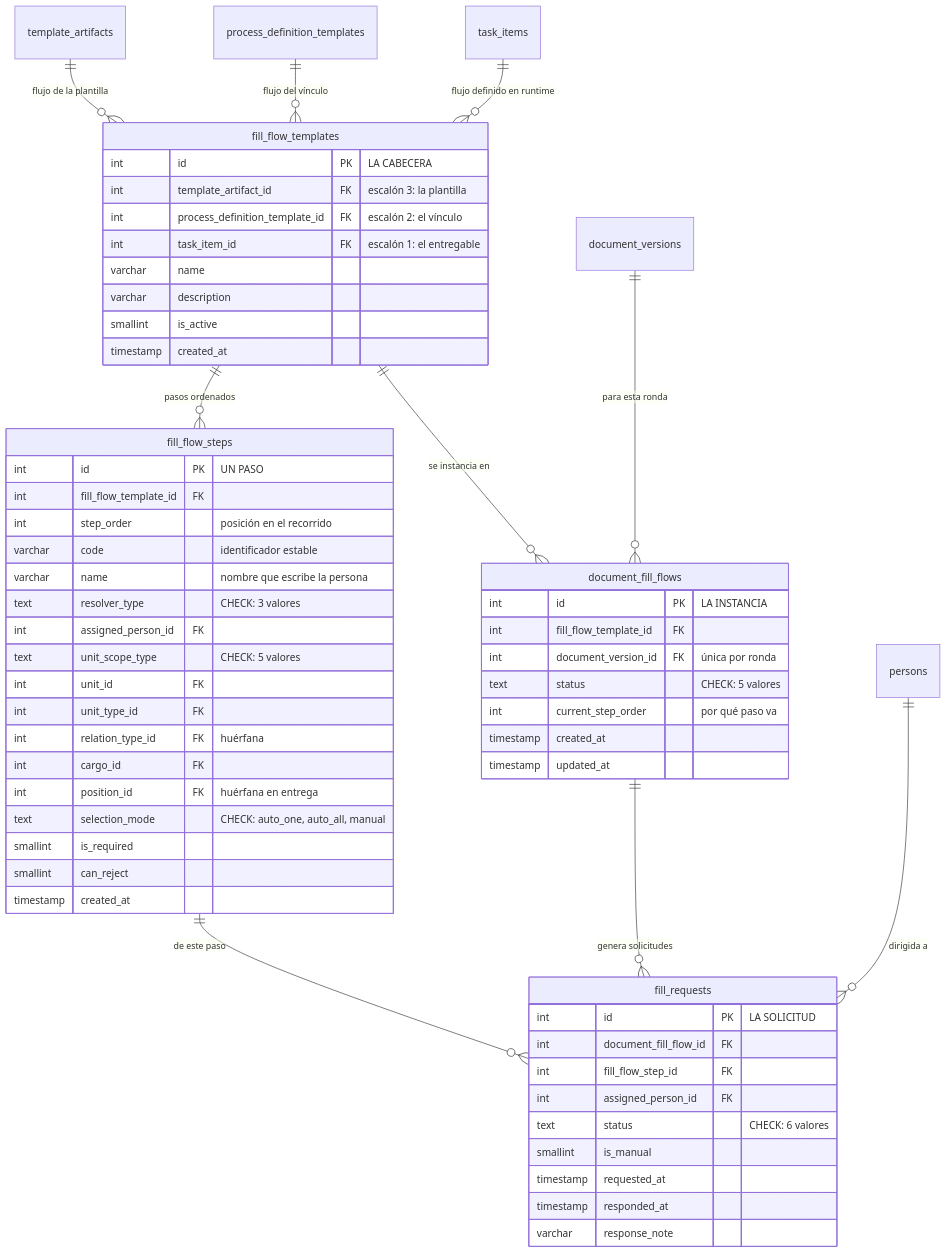
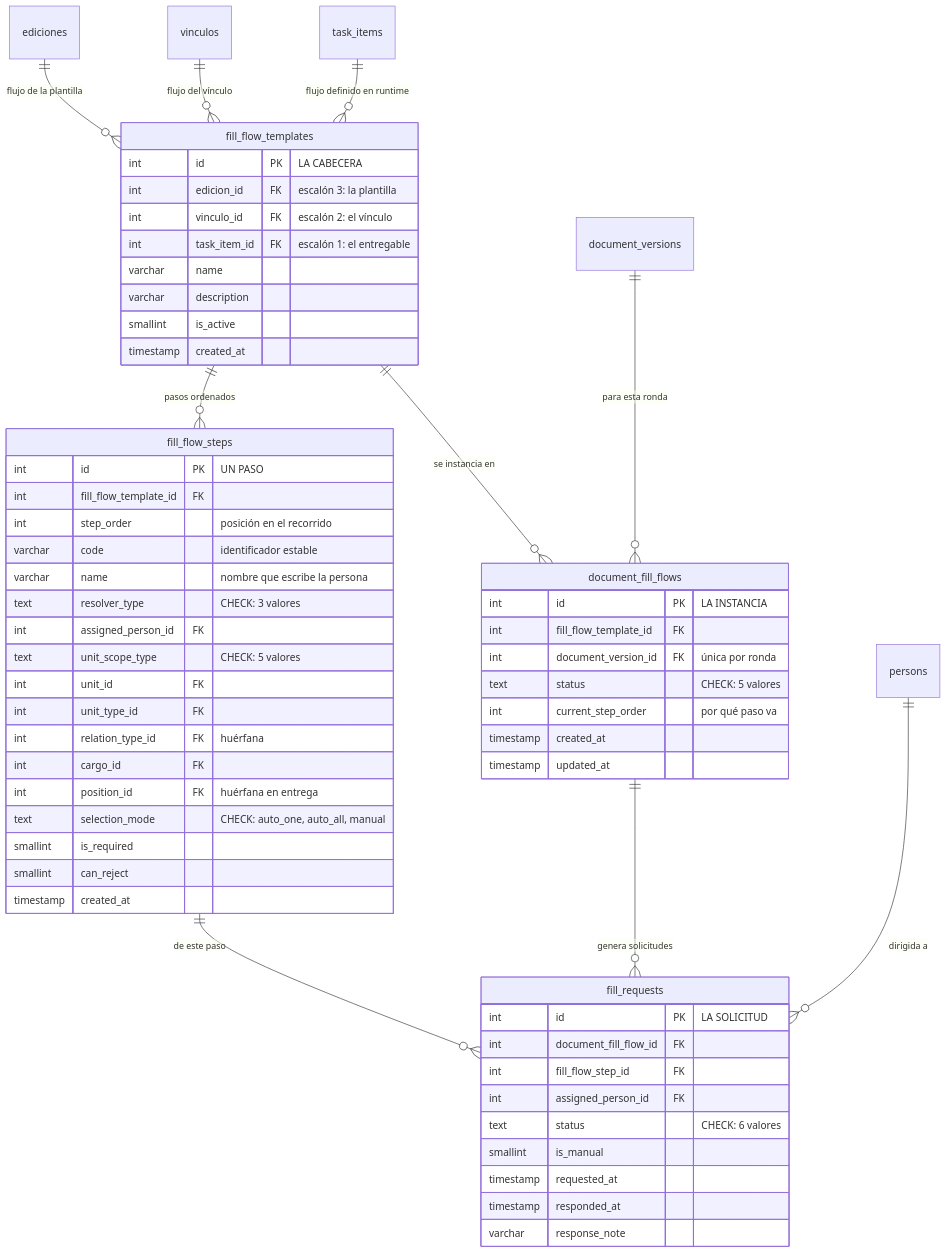
One commit to fresvel/deasy changed the diagram in docs/src/content/docs/modelo/flujo-de-entrega.md. Above: the diagram before and after it, drawn with Mermaid. The commit also changed other lines of this file and 172 other files, not shown here.

````diff
--- a/docs/src/content/docs/modelo/flujo-de-entrega.md
+++ b/docs/src/content/docs/modelo/flujo-de-entrega.md
@@ -95,62 +95,62 @@
 ```mermaid
 erDiagram
-  template_artifacts ||--o{ fill_flow_templates : "flujo de la plantilla"
-  process_definition_templates ||--o{ fill_flow_templates : "flujo del vínculo"
+  ediciones ||--o{ fill_flow_templates : "flujo de la plantilla"
+  vinculos ||--o{ fill_flow_templates : "flujo del vínculo"
   task_items ||--o{ fill_flow_templates : "flujo definido en runtime"
   fill_flow_templates ||--o{ fill_flow_steps : "pasos ordenados"
   fill_flow_templates ||--o{ document_fill_flows : "se instancia en"
   document_versions ||--o{ document_fill_flows : "para esta ronda"
   document_fill_flows ||--o{ fill_requests : "genera solicitudes"
   fill_flow_steps ||--o{ fill_requests : "de este paso"
   persons ||--o{ fill_requests : "dirigida a"
 
   fill_flow_templates {
     int id PK "LA CABECERA"
-    int template_artifact_id FK "escalón 3: la plantilla"
-    int process_definition_template_id FK "escalón 2: el vínculo"
+    int edicion_id FK "escalón 3: la plantilla"
+    int vinculo_id FK "escalón 2: el vínculo"
     int task_item_id FK "escalón 1: el entregable"
     varchar name
     varchar description
     smallint is_active
     timestamp created_at
   }
   fill_flow_steps {
     int id PK "UN PASO"
     int fill_flow_template_id FK
     int step_order "posición en el recorrido"
     varchar code "identificador estable"
     varchar name "nombre que escribe la persona"
     text resolver_type "CHECK: 3 valores"
     int assigned_person_id FK
     text unit_scope_type "CHECK: 5 valores"
     int unit_id FK
     int unit_type_id FK
     int relation_type_id FK "huérfana"
     int cargo_id FK
     int position_id FK "huérfana en entrega"
     text selection_mode "CHECK: auto_one, auto_all, manual"
     smallint is_required
     smallint can_reject
     timestamp created_at
   }
   document_fill_flows {
     int id PK "LA INSTANCIA"
     int fill_flow_template_id FK
     int document_version_id FK "única por ronda"
     text status "CHECK: 5 valores"
     int current_step_order "por qué paso va"
     timestamp created_at
     timestamp updated_at
   }
   fill_requests {
     int id PK "LA SOLICITUD"
     int document_fill_flow_id FK
     int fill_flow_step_id FK
     int assigned_person_id FK
     text status "CHECK: 6 valores"
     smallint is_manual
     timestamp requested_at
     timestamp responded_at
     varchar response_note
   }
 ```
````
